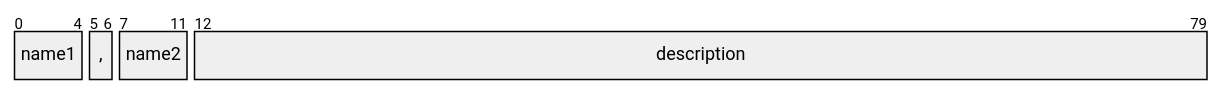
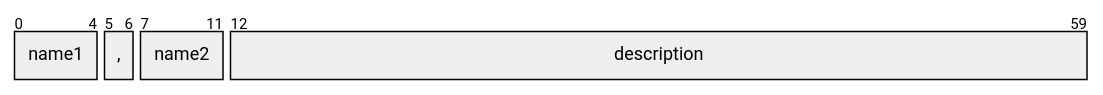
The second of 2 diagrams in packages/docs/content/docs/library/formatter.mdx (dsogari/tsargp), drawn with Mermaid before and after one commit. The commit also changed other lines of this file and 43 other files, not shown here.

````diff
--- a/packages/docs/content/docs/library/formatter.mdx
+++ b/packages/docs/content/docs/library/formatter.mdx
@@ -229,13 +216,13 @@
 ```mermaid
 ---
 config:
   packet:
-    bitWidth: 10
-    bitsPerRow: 80
+    bitWidth: 12
+    bitsPerRow: 60
 ---
 packet-beta
 0-4: "name1"
 5-6: ","
 7-11: "name2"
-12-79: "description"
+12-59: "description"
 ```
````
